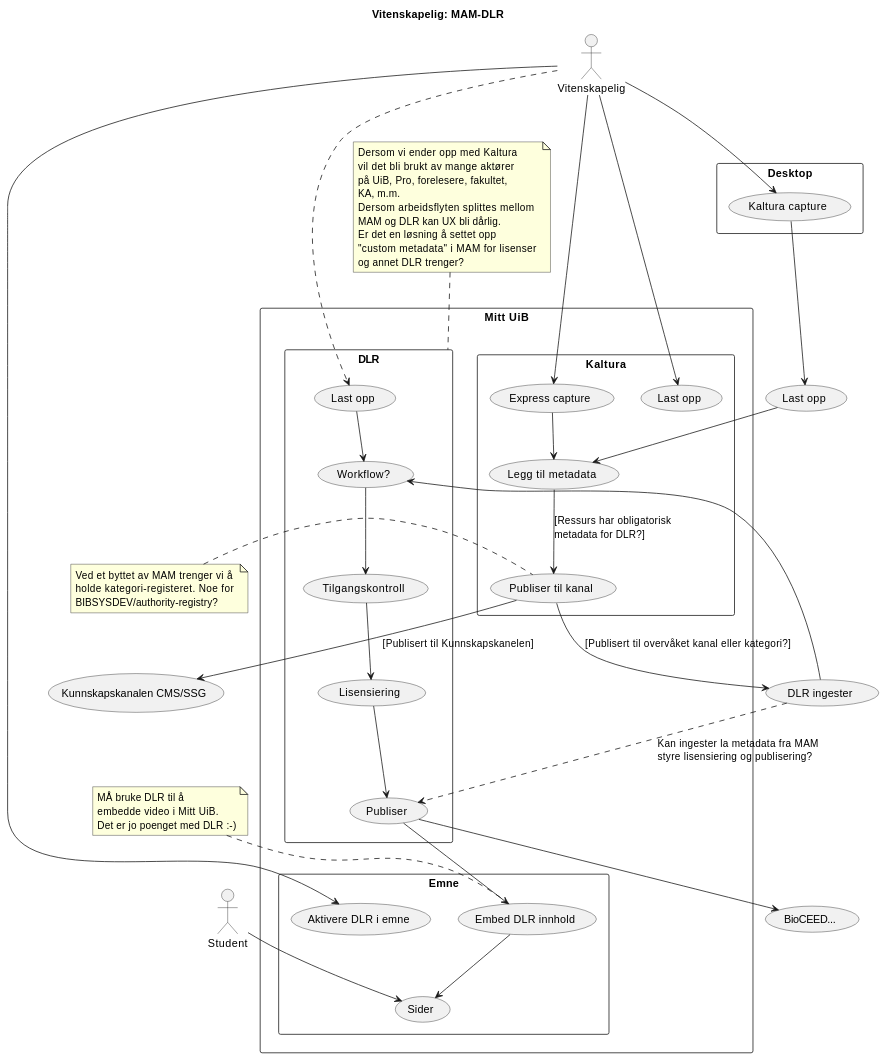
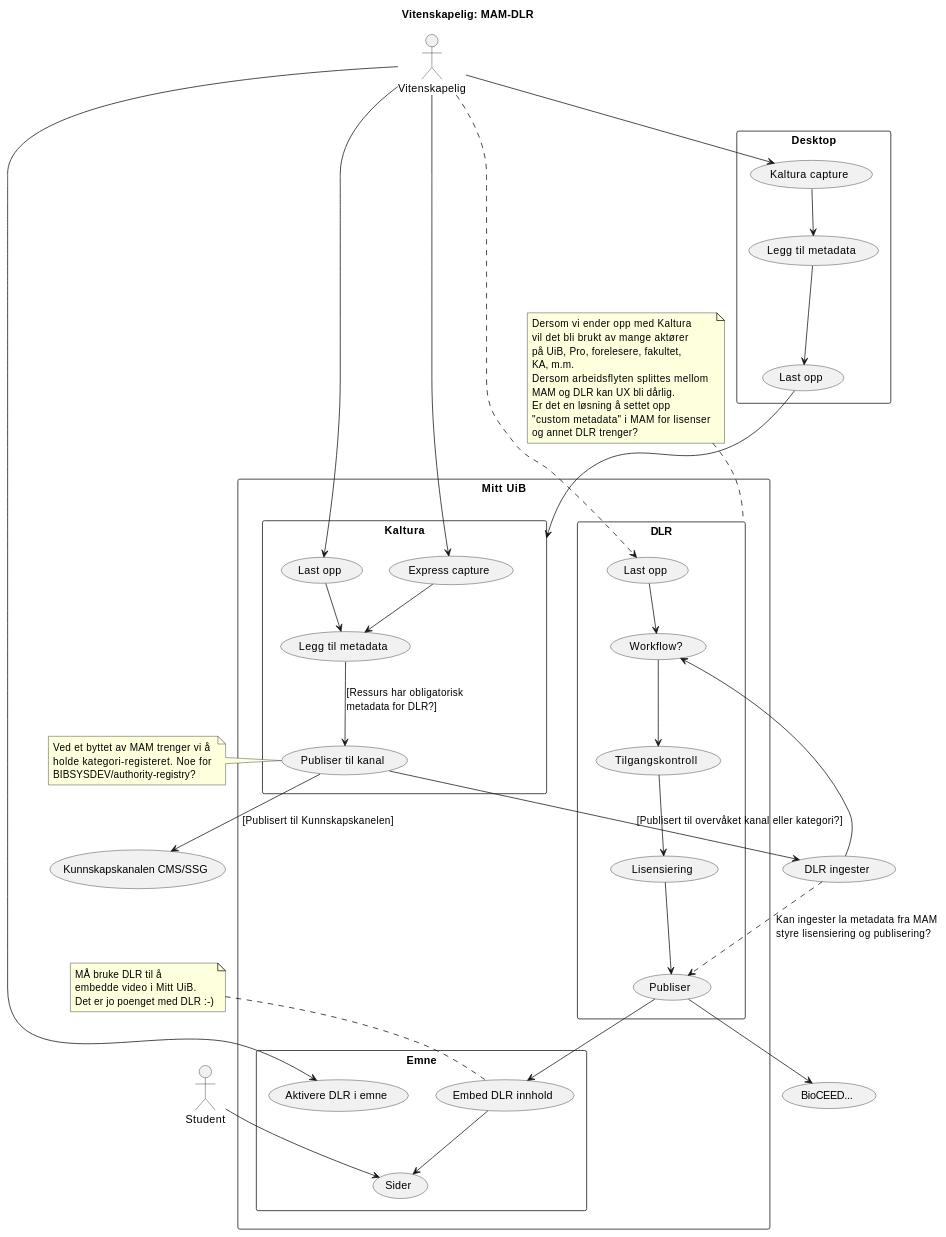
One commit to tarjelavik/mam-dlr-architecture changed the fourth of 4 diagrams in src/docs/academic.md. Above: the diagram before and after it, drawn with PlantUML. The commit also changed other lines of this file and 4 other files, not shown here.

Commit message:
Legger til noen aktivitetsdiagram

```diff
--- a/src/docs/academic.md
+++ b/src/docs/academic.md
@@ -10,6 +130,8 @@
 
 rectangle Desktop {
     (Kaltura capture)
+    (Legg til metadata) as metadataDesktop
+    (Last opp) as uploadDesktop
 }
 
 rectangle "Mitt UiB" as mittuib {
@@ -42,8 +164,10 @@
 dlrupload --> wf
 Lecturer --> (Kaltura capture)
 Lecturer --> (Express capture) 
-(Kaltura capture) --> (Last opp)
-(Last opp) --> metadata
+(Kaltura capture) --> metadataDesktop
+metadataDesktop --> uploadDesktop
+uploadDesktop --> Kaltura
+kupload --> metadata
 (Express capture) --> metadata
 metadata --> channel : "[Ressurs har obligatorisk \lmetadata for DLR?]"
 
```
